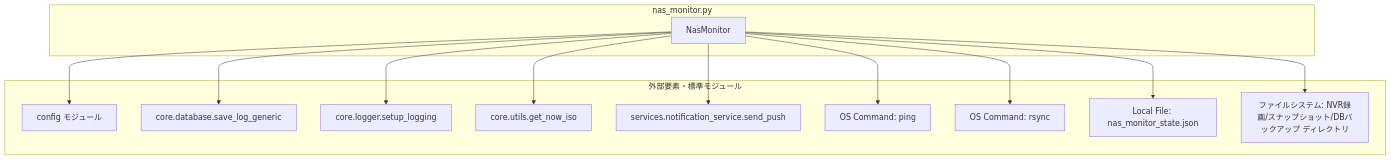
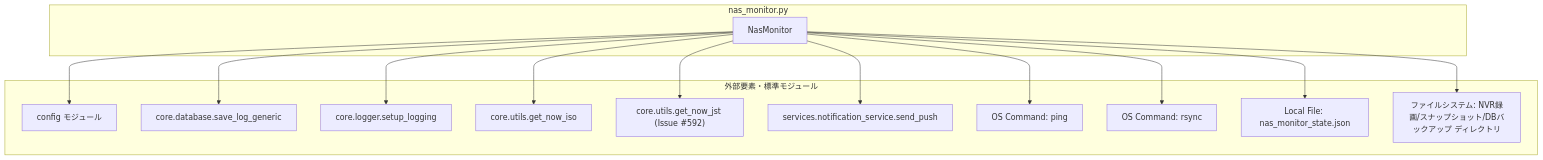
Before and after one commit to mmtigers/my_python_project: the second of 2 diagrams in docs/specifications/MY_HOME_SYSTEM/nas_monitor.md, drawn with Mermaid. The commit also changed other lines of this file and 5 other files, not shown here.

First line of the commit message:
docs+test: get_now_jst()の単体テスト追加と関連仕様書の追従(#592)

````diff
--- a/docs/specifications/MY_HOME_SYSTEM/nas_monitor.md
+++ b/docs/specifications/MY_HOME_SYSTEM/nas_monitor.md
@@ -440,29 +442,31 @@
 ```mermaid
 flowchart TD
     subgraph SubNasMonitor["nas_monitor.py"]
         NasMonitor["NasMonitor"]
     end
 
     subgraph SubExternal["外部要素・標準モジュール"]
         config["config モジュール"]
         db["core.database.save_log_generic"]
         logger["core.logger.setup_logging"]
         utils["core.utils.get_now_iso"]
+        utilsJst["core.utils.get_now_jst (Issue #592)"]
         push["services.notification_service.send_push"]
         pingCmd["OS Command: ping"]
         rsyncCmd["OS Command: rsync"]
         stateFile["Local File: nas_monitor_state.json"]
         retentionDirs["ファイルシステム: NVR録画/スナップショット/DBバックアップ ディレクトリ"]
     end
 
     NasMonitor --> config
     NasMonitor --> db
     NasMonitor --> logger
     NasMonitor --> utils
+    NasMonitor --> utilsJst
     NasMonitor --> push
     NasMonitor --> pingCmd
     NasMonitor --> rsyncCmd
     NasMonitor --> stateFile
     NasMonitor --> retentionDirs
 
 ```
````
